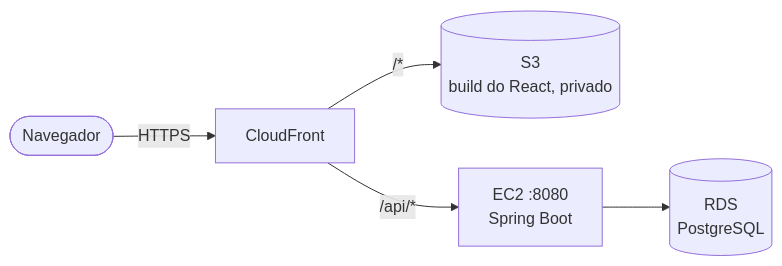
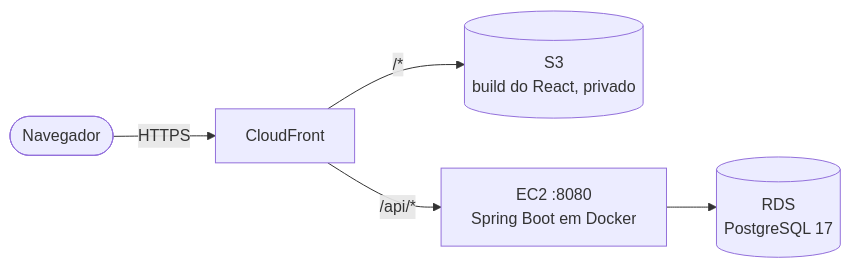
Before and after one commit to lucasjosee/payment-gateway: the first of 3 diagrams in README.md, drawn with Mermaid. The commit also changed other lines of this file and 1 other file, not shown here.

````diff
--- a/README.md
+++ b/README.md
@@ -24,7 +24,7 @@
 ```mermaid
 flowchart LR
     browser([Navegador]) -->|HTTPS| cloudfront[CloudFront]
     cloudfront -->|"/*"| s3[("S3<br/>build do React, privado")]
-    cloudfront -->|"/api/*"| ec2["EC2 :8080<br/>Spring Boot"]
-    ec2 --> rds[("RDS<br/>PostgreSQL")]
+    cloudfront -->|"/api/*"| ec2["EC2 :8080<br/>Spring Boot em Docker"]
+    ec2 --> rds[("RDS<br/>PostgreSQL 17")]
 ```
````
